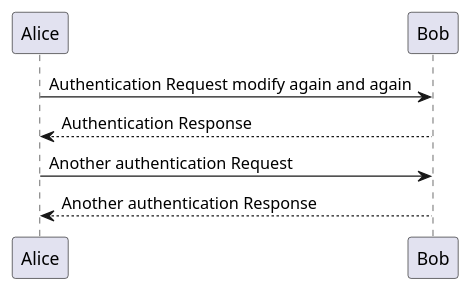
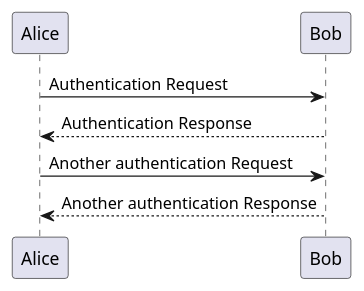
The diagram in test.puml (Rodwan-Bakkar/test-plantuml), drawn with PlantUML before and after one commit. The commit also changed 1 other file, not shown here.

```diff
--- a/test.puml
+++ b/test.puml
@@ -1,7 +1,7 @@
 @startuml
-Alice -> Bob: Authentication Request modify again and again
+Alice -> Bob: Authentication Request
 Bob --> Alice: Authentication Response
 
 Alice -> Bob: Another authentication Request
 Alice <-- Bob: Another authentication Response
 @enduml
```
